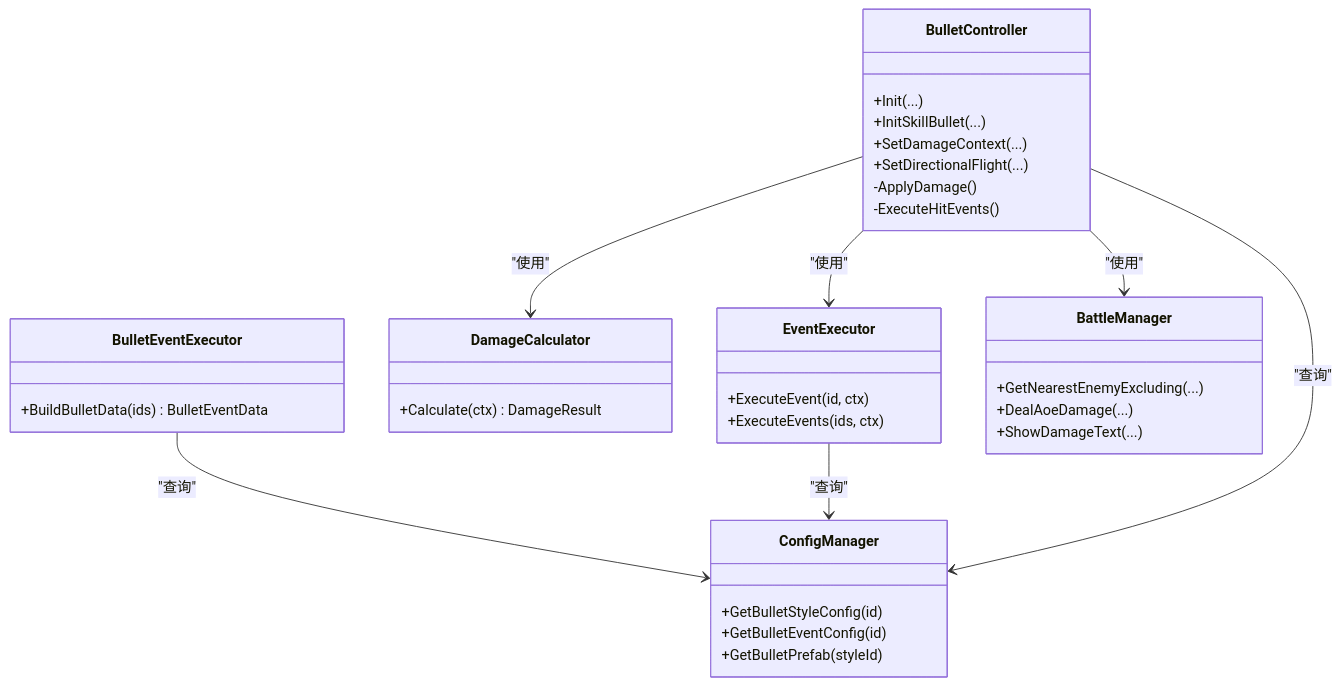
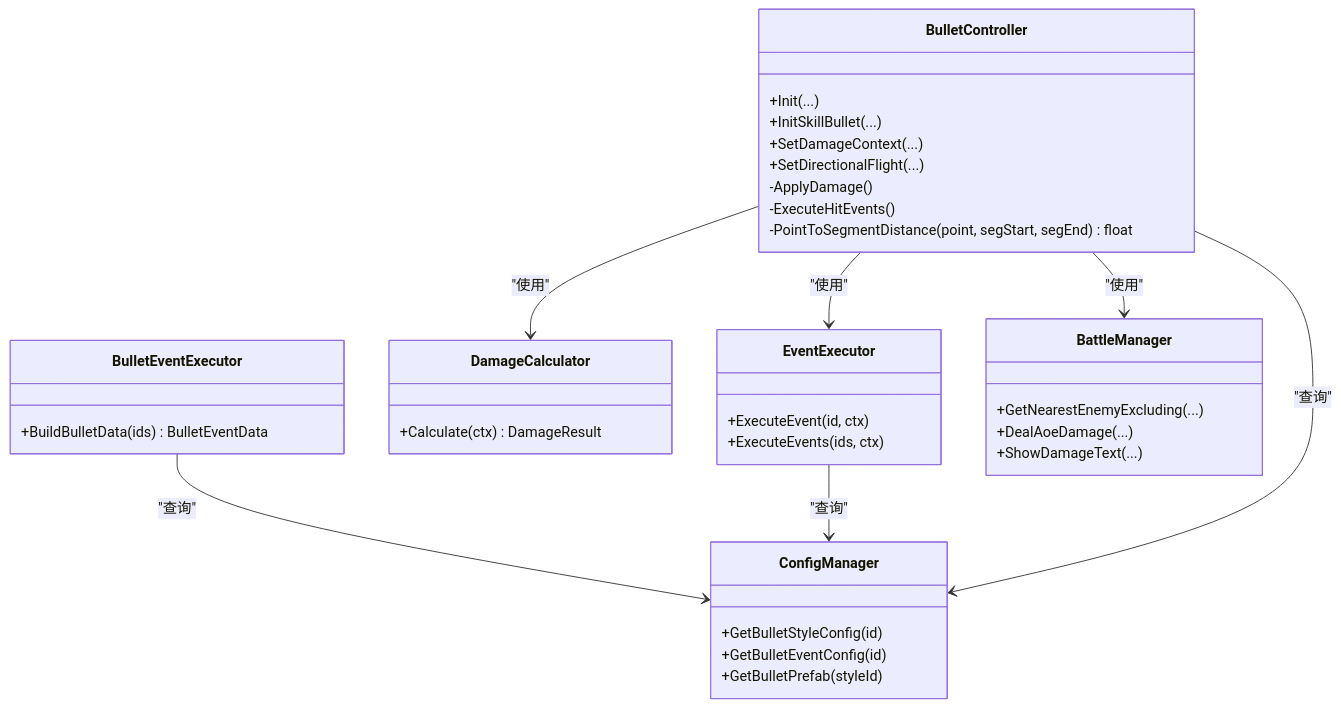
The fifth of 5 diagrams in .qoder/repowiki/zh/content/战斗系统/弹幕系统.md (Tuusen/p1_client), drawn with Mermaid before and after one commit. The commit also changed other lines of this file and 11 other files, not shown here.

````diff
--- a/.qoder/repowiki/zh/content/战斗系统/弹幕系统.md
+++ b/.qoder/repowiki/zh/content/战斗系统/弹幕系统.md
@@ -300,37 +321,38 @@
 ```mermaid
 classDiagram
 class BulletController {
 +Init(...)
 +InitSkillBullet(...)
 +SetDamageContext(...)
 +SetDirectionalFlight(...)
 -ApplyDamage()
 -ExecuteHitEvents()
+-PointToSegmentDistance(point, segStart, segEnd) float
 }
 class BulletEventExecutor {
 +BuildBulletData(ids) BulletEventData
 }
 class DamageCalculator {
 +Calculate(ctx) DamageResult
 }
 class EventExecutor {
 +ExecuteEvent(id, ctx)
 +ExecuteEvents(ids, ctx)
 }
 class ConfigManager {
 +GetBulletStyleConfig(id)
 +GetBulletEventConfig(id)
 +GetBulletPrefab(styleId)
 }
 class BattleManager {
 +GetNearestEnemyExcluding(...)
 +DealAoeDamage(...)
 +ShowDamageText(...)
 }
 BulletController --> BattleManager : "使用"
 BulletController --> DamageCalculator : "使用"
 BulletController --> EventExecutor : "使用"
 BulletEventExecutor --> ConfigManager : "查询"
 EventExecutor --> ConfigManager : "查询"
 BulletController --> ConfigManager : "查询"
 ```
````
